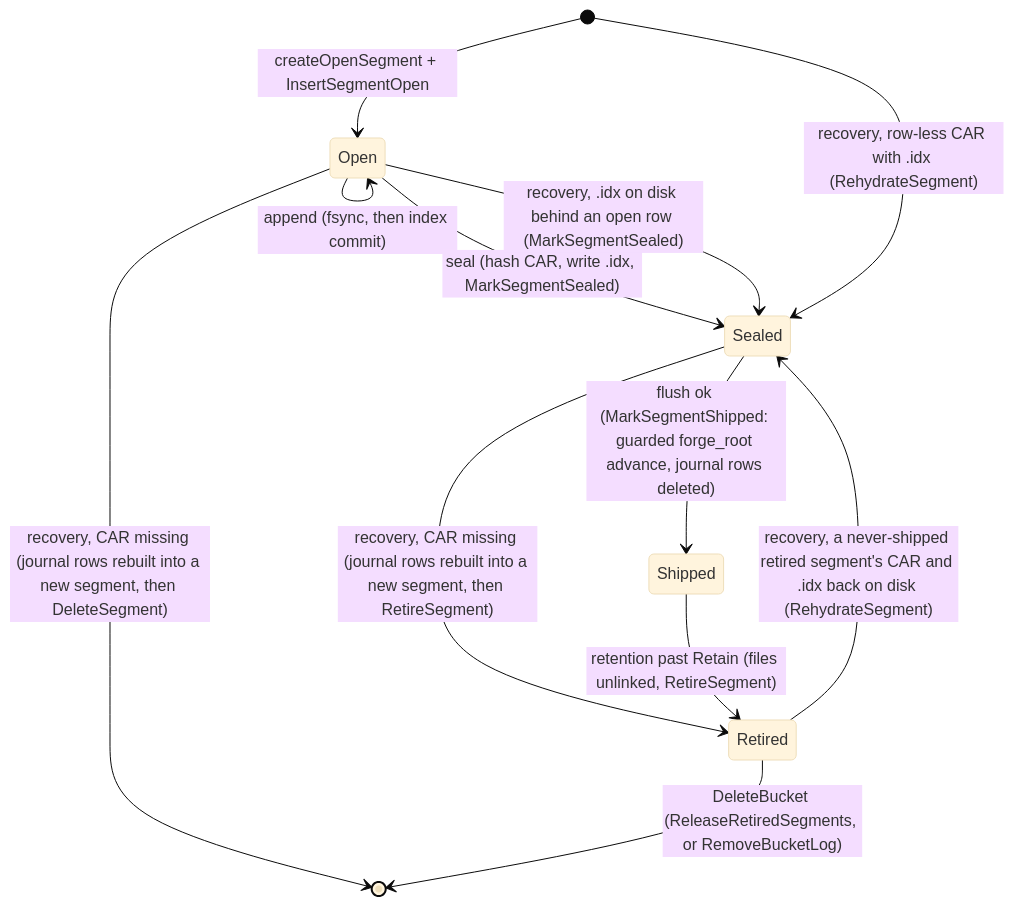
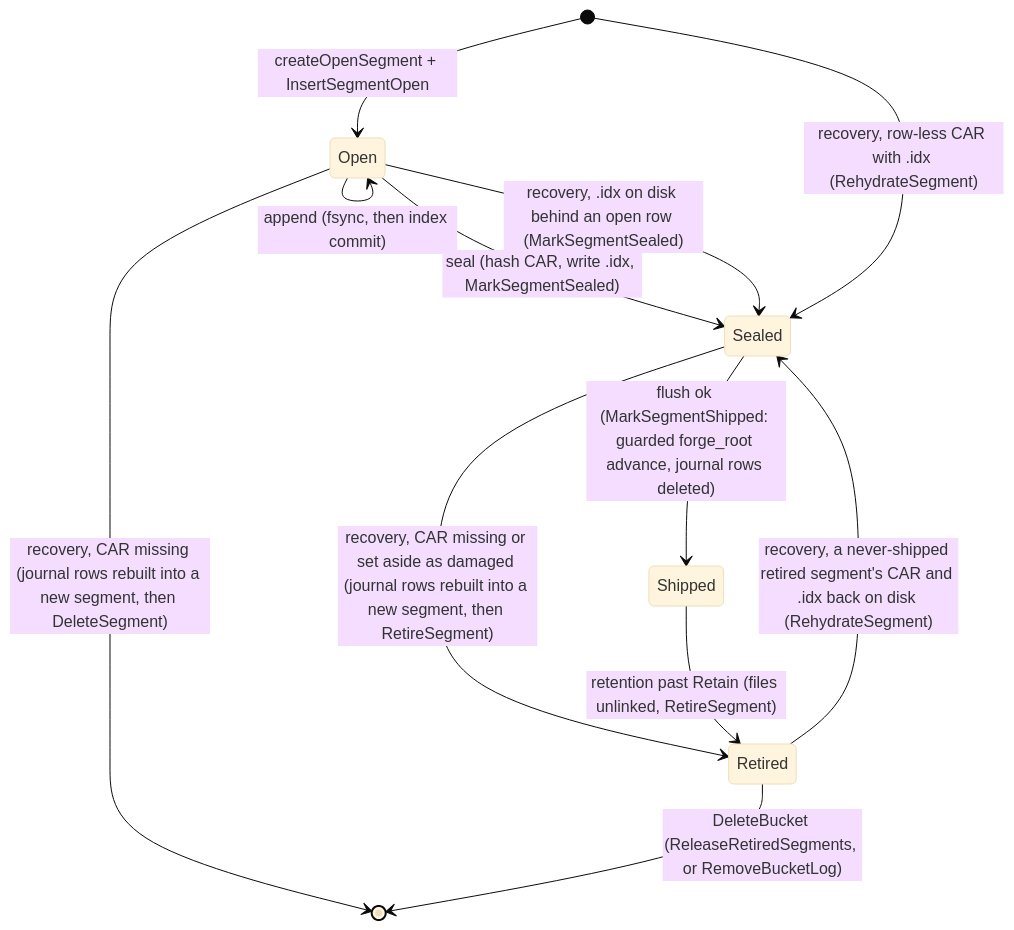
One commit to fil-forge/ingot changed the second of 2 diagrams in logstore/README.md. Above: the diagram before and after it, drawn with Mermaid (base theme). The commit also changed other lines of this file and 2 other files, not shown here.

First line of the commit message:
Prefer the row's op-roots, drop a set-aside segment's sidecars, say why

````diff
--- a/logstore/README.md
+++ b/logstore/README.md
@@ -105,14 +105,14 @@
 ```mermaid
 stateDiagram-v2
     [*] --> Open : createOpenSegment + InsertSegmentOpen
     Open --> Open : append (fsync, then index commit)
     Open --> Sealed : seal (hash CAR, write .idx, MarkSegmentSealed)
     Open --> Sealed : recovery, .idx on disk behind an open row (MarkSegmentSealed)
     [*] --> Sealed : recovery, row-less CAR with .idx (RehydrateSegment)
     Open --> [*] : recovery, CAR missing (journal rows rebuilt into a new segment, then DeleteSegment)
     Sealed --> Shipped : flush ok (MarkSegmentShipped: guarded forge_root advance, journal rows deleted)
-    Sealed --> Retired : recovery, CAR missing (journal rows rebuilt into a new segment, then RetireSegment)
+    Sealed --> Retired : recovery, CAR missing or set aside as damaged (journal rows rebuilt into a new segment, then RetireSegment)
     Shipped --> Retired : retention past Retain (files unlinked, RetireSegment)
     Retired --> Sealed : recovery, a never-shipped retired segment's CAR and .idx back on disk (RehydrateSegment)
     Retired --> [*] : DeleteBucket (ReleaseRetiredSegments, or RemoveBucketLog)
 ```
````
